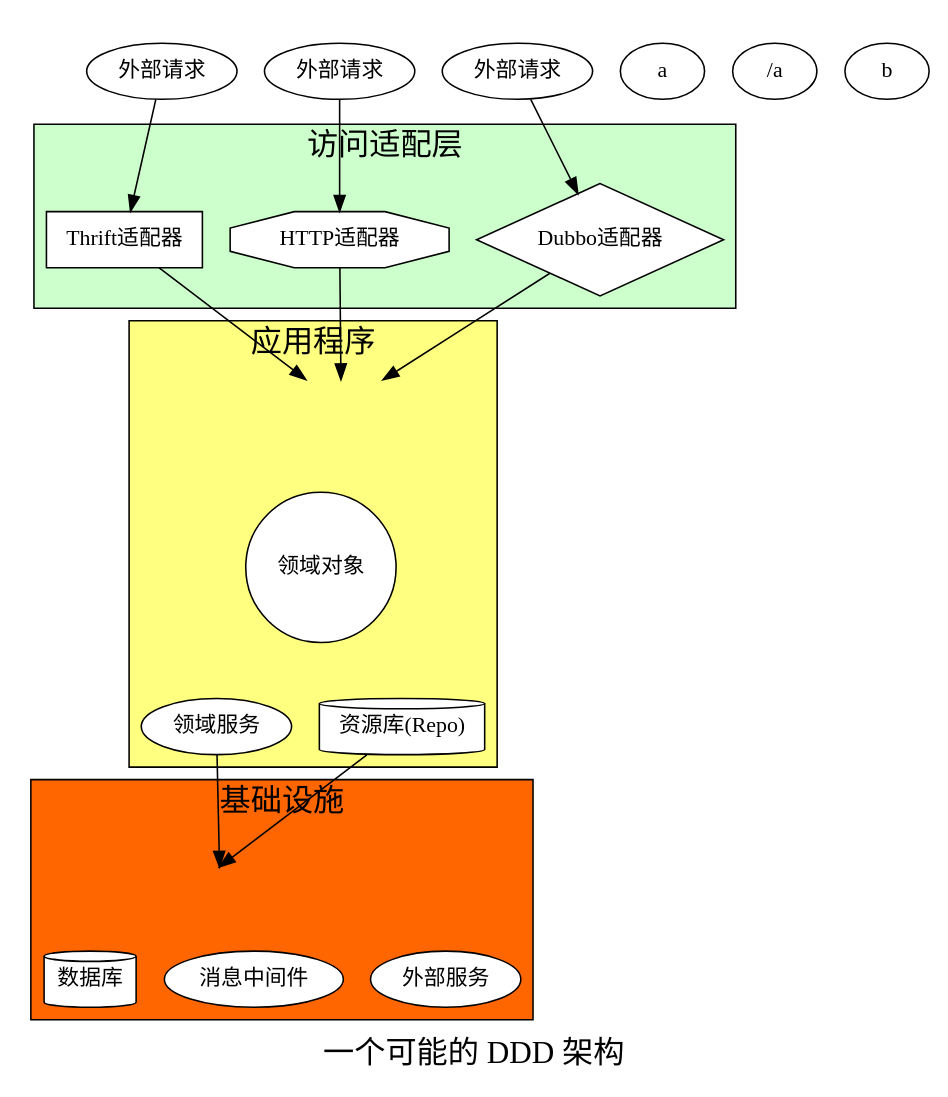
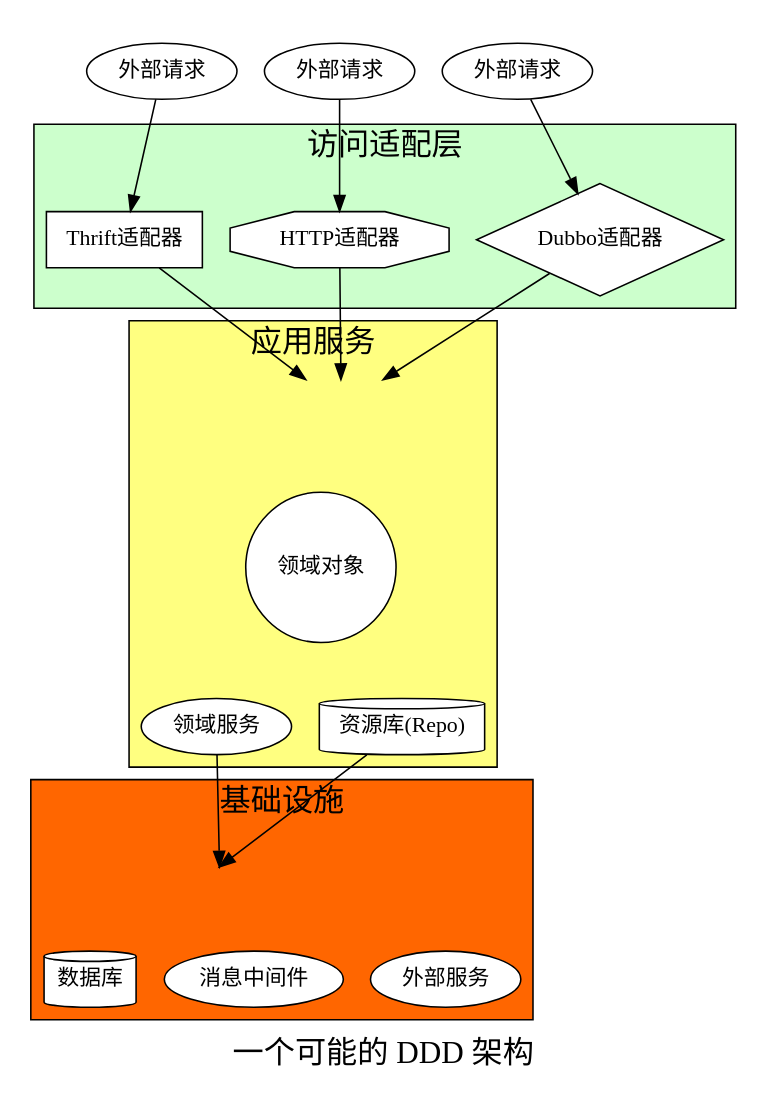
One commit to shinyoo/shinyoo.github.io changed the diagram in ddd/img/architecture.dot. Above: the diagram before and after it, drawn with Graphviz. The commit also changed 1 other file, not shown here.

```diff
--- a/ddd/img/architecture.dot
+++ b/ddd/img/architecture.dot
@@ -1,89 +1,88 @@
 digraph architecture {
     splines=false
 
     subgraph cluster_req {
         r1[label="外部请求"]
         r2[label="外部请求"]
         r3[label="外部请求"]
         // r1->r2->r3[style=invis]
         border=false
         color=none
     }
     subgraph cluster_entry{
         // i[style=invis;height=0;rank=source]
         // i->{a0,a1,a2}[style=invis]
         node[style="filled";fillcolor=white]
         a2[label="Thrift适配器";shape=box;width=1];
         a0[label="HTTP适配器";shape=octagon;];
         a1[label="Dubbo适配器";shape=diamond;height=1];
         {a0,a1,a2}[rank=same];
         fontsize=20;
         label="访问适配层";
         style=filled;
         fillcolor="#ccffcc";   
         compound=true;
     }
 
     {a0,a1,a2}->entry[ltail=cluster_entry,lhead=cluster_domain]
     subgraph cluster_domain{
         node[style=filled;fillcolor=white]
         edge[color=blue];
 
         entry[label="应用程序";style="filled,invis";shape=hexagon;fillcolor="#66ccff";rank=source]
         o[label="领域对象";shape=circle]
         repo[label="资源库(Repo)";shape=cylinder];
         d_ser[label="领域服务"];
 
         edge[style="invis"]
         entry->repo
         entry->repo
         entry->o
         entry->o
         entry->d_ser
         entry->d_ser
         labelloc=t;
         
-        label="应用程序";
+        label="应用服务";
         fontsize=20;
         style=filled;
         fillcolor="#ffff80";
         out[style=invisible;rank=min]
         compound=true;
     }
+
 
     edge[head=invis;headport=w]
     d_ser->in
     repo->in
     edge[headport=none]
     subgraph cluster_infr{
         in[style=invisible;rank=same;height=0;width=0]
         node[style=filled;fillcolor=white]
         db[label="数据库";shape=cylinder]
         mq[label="消息中间件"]
         ex_ser[label="外部服务"];
         edge[style=invis];
         _r[style=invis;]
         
         in->db,mq,ex_ser
         
         fontsize=20;
         label="基础设施";
         style=filled;
         compound=true;
         fillcolor="#ff6600";
     }
 
 
     r1->a0
     r2->a1
     r3->a2
     {r1,r2,r3}[rank=min]
     a1->o[style=invis]
     o->repo[style=invis]
     o->d_ser[style=invis]
     fontsize=20;
     label="一个可能的 DDD 架构";
 
-
-    {<a>a:1</a>;b;}
 }
```
